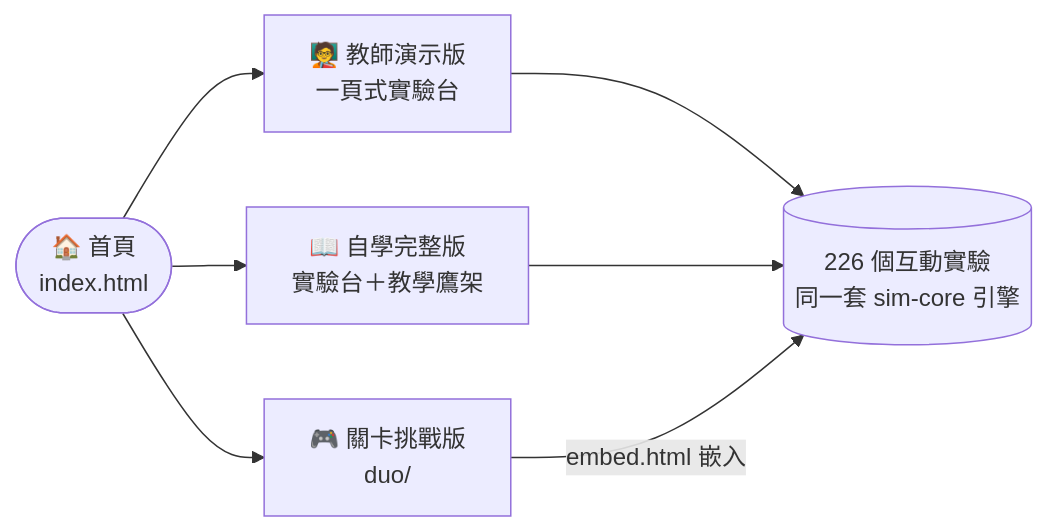
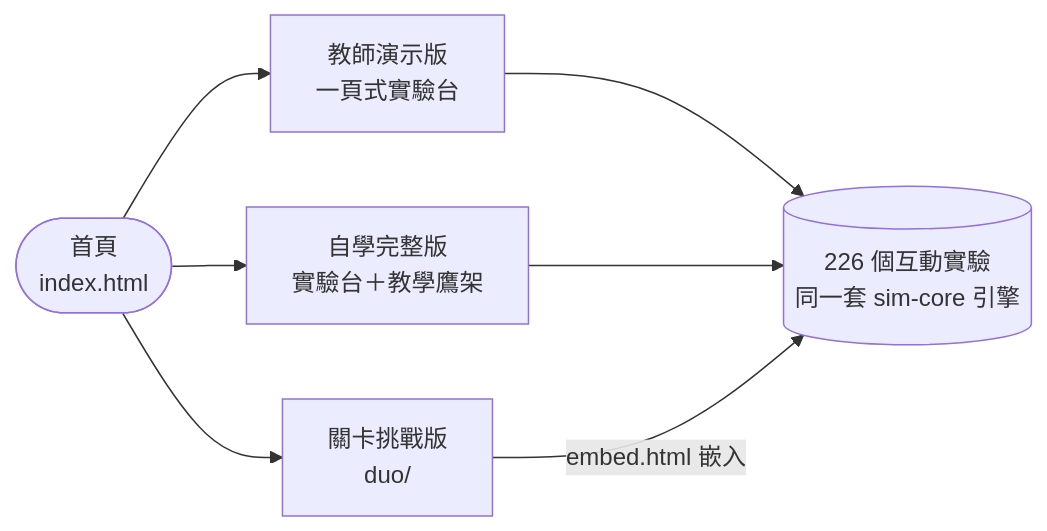
One commit to Yu-0312/senior-science changed the first of 9 diagrams in README.md. Above: the diagram before and after it, drawn with Mermaid. The commit also changed other lines of this file and 34 other files, not shown here.

````diff
--- a/README.md
+++ b/README.md
@@ -71,9 +71,9 @@
 ```mermaid
 flowchart LR
-    H(["🏠 首頁<br/>index.html"]) --> T["🧑‍🏫 教師演示版<br/>一頁式實驗台"]
-    H --> S["📖 自學完整版<br/>實驗台＋教學鷹架"]
-    H --> D["🎮 關卡挑戰版<br/>duo/"]
+    H(["首頁<br/>index.html"]) --> T["教師演示版<br/>一頁式實驗台"]
+    H --> S["自學完整版<br/>實驗台＋教學鷹架"]
+    H --> D["關卡挑戰版<br/>duo/"]
     T --> E[("226 個互動實驗<br/>同一套 sim-core 引擎")]
     S --> E
     D -->|"embed.html 嵌入"| E
 ```
````
